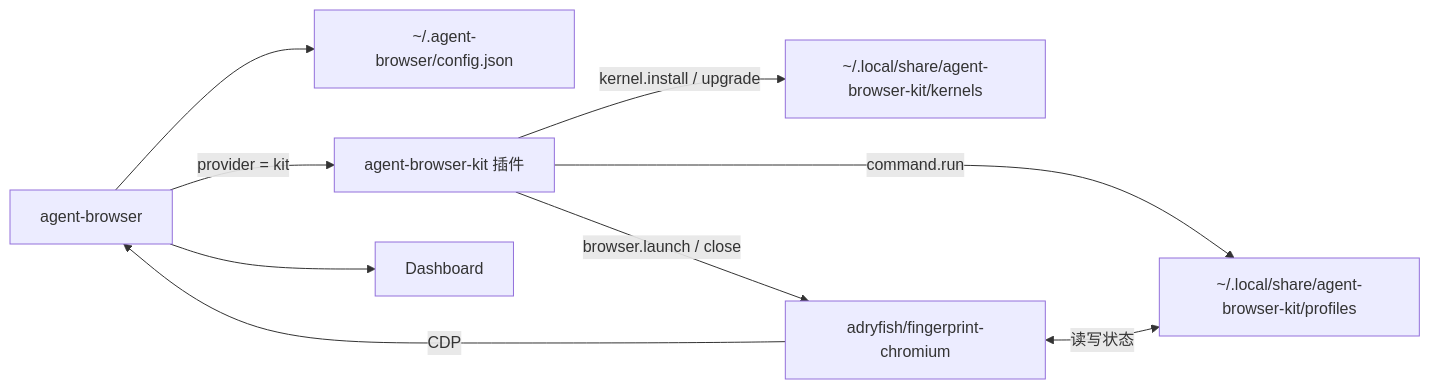
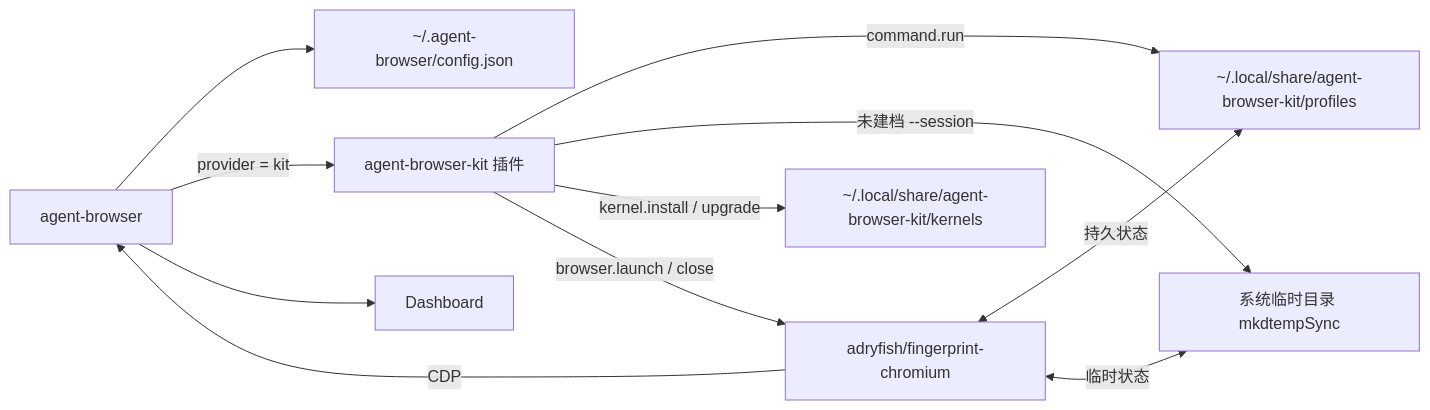
Before and after one commit to taitide-labs/agent-browser-kit: the first of 2 diagrams in docs/fingerprint-browser-design.md, drawn with Mermaid. The commit also changed other lines of this file and 24 other files, not shown here.

Commit message:
feat(browser): 支持参数 null 显式删除、mkdtempSync 临时会话及分层架构 (#30)

````diff
--- a/docs/fingerprint-browser-design.md
+++ b/docs/fingerprint-browser-design.md
@@ -14,11 +14,13 @@
 ```mermaid
 flowchart LR
     CLI["agent-browser"] --> Config["~/.agent-browser/config.json"]
     CLI -->|"provider = kit"| Plugin["agent-browser-kit 插件"]
     CLI --> Dashboard["Dashboard"]
     Plugin -->|"command.run"| Profiles["~/.local/share/agent-browser-kit/profiles"]
+    Plugin -->|"未建档 --session"| Ephemeral["系统临时目录 mkdtempSync"]
     Plugin -->|"kernel.install / upgrade"| Kernels["~/.local/share/agent-browser-kit/kernels"]
     Plugin -->|"browser.launch / close"| Kernel["adryfish/fingerprint-chromium"]
     Kernel -->|"CDP"| CLI
-    Kernel <-->|"读写状态"| Profiles
+    Kernel <-->|"持久状态"| Profiles
+    Kernel <-->|"临时状态"| Ephemeral
 ```
````
